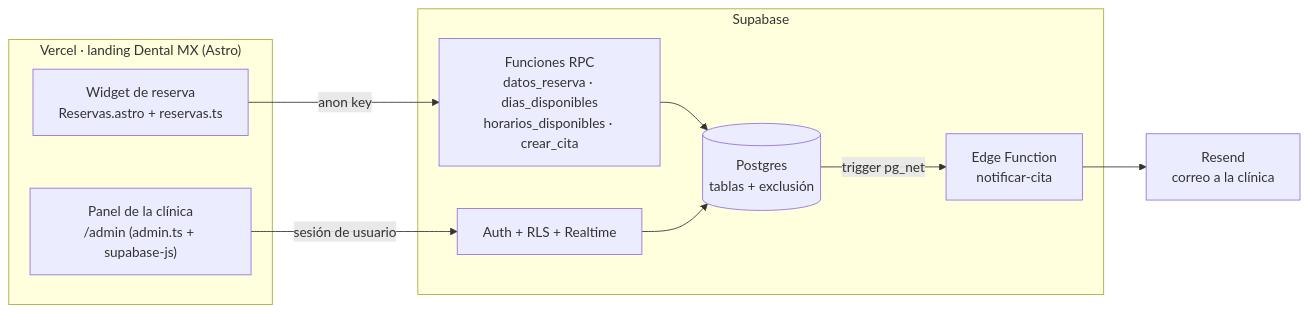
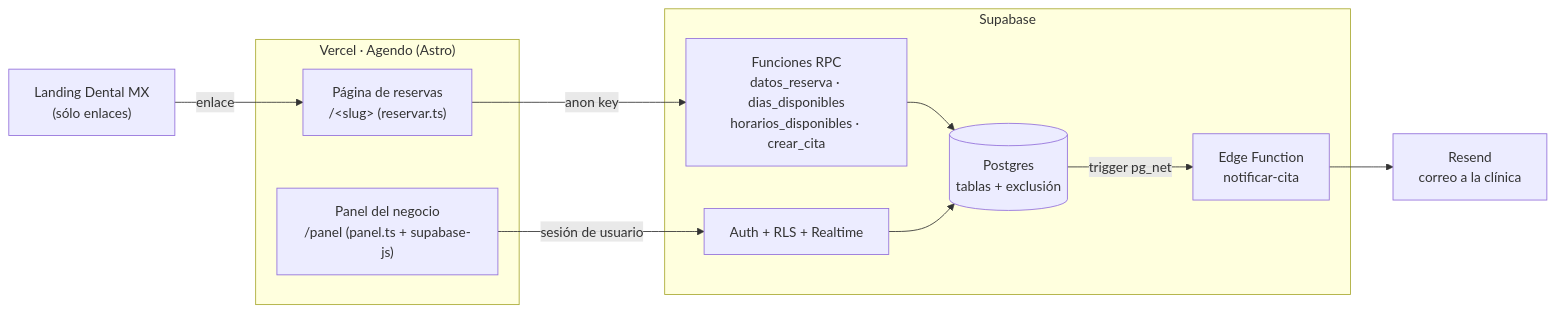
The diagram in PRD-reservas.md (jorgeramgar1815/index.html-), drawn with Mermaid before and after one commit. The commit also changed other lines of this file and 5 other files, not shown here.

````diff
--- a/PRD-reservas.md
+++ b/PRD-reservas.md
@@ -55,19 +56,21 @@
 ```mermaid
 flowchart LR
-  subgraph Vercel["Vercel · landing Dental MX (Astro)"]
-    W["Widget de reserva<br/>Reservas.astro + reservas.ts"]
-    P["Panel de la clínica<br/>/admin (admin.ts + supabase-js)"]
+  L["Landing Dental MX<br/>(sólo enlaces)"]
+  subgraph Vercel["Vercel · Agendo (Astro)"]
+    W["Página de reservas<br/>/&lt;slug&gt; (reservar.ts)"]
+    P["Panel del negocio<br/>/panel (panel.ts + supabase-js)"]
   end
   subgraph Supabase
     R["Funciones RPC<br/>datos_reserva · dias_disponibles<br/>horarios_disponibles · crear_cita"]
     A["Auth + RLS + Realtime"]
     DB[("Postgres<br/>tablas + exclusión")]
     F["Edge Function<br/>notificar-cita"]
   end
   RS["Resend<br/>correo a la clínica"]
+  L -- enlace --> W
   W -- anon key --> R
   P -- sesión de usuario --> A
   R --> DB
   A --> DB
   DB -- trigger pg_net --> F --> RS
 ```
````
